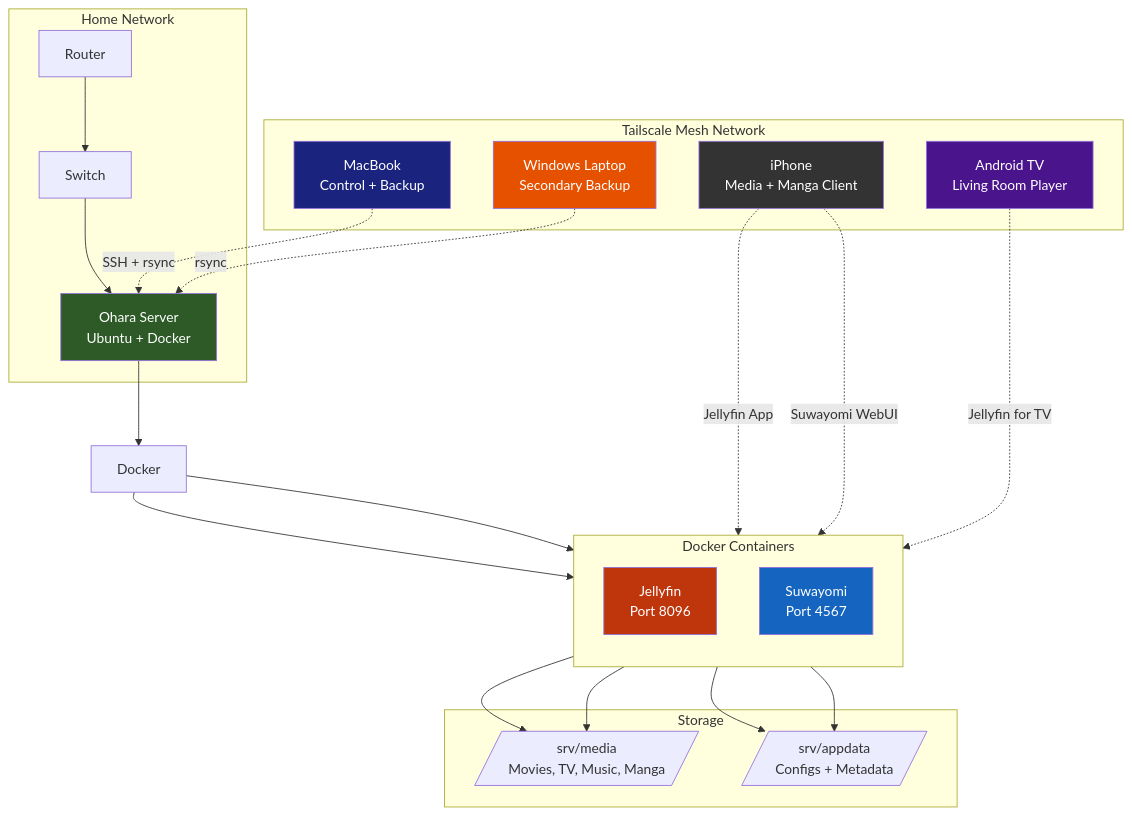
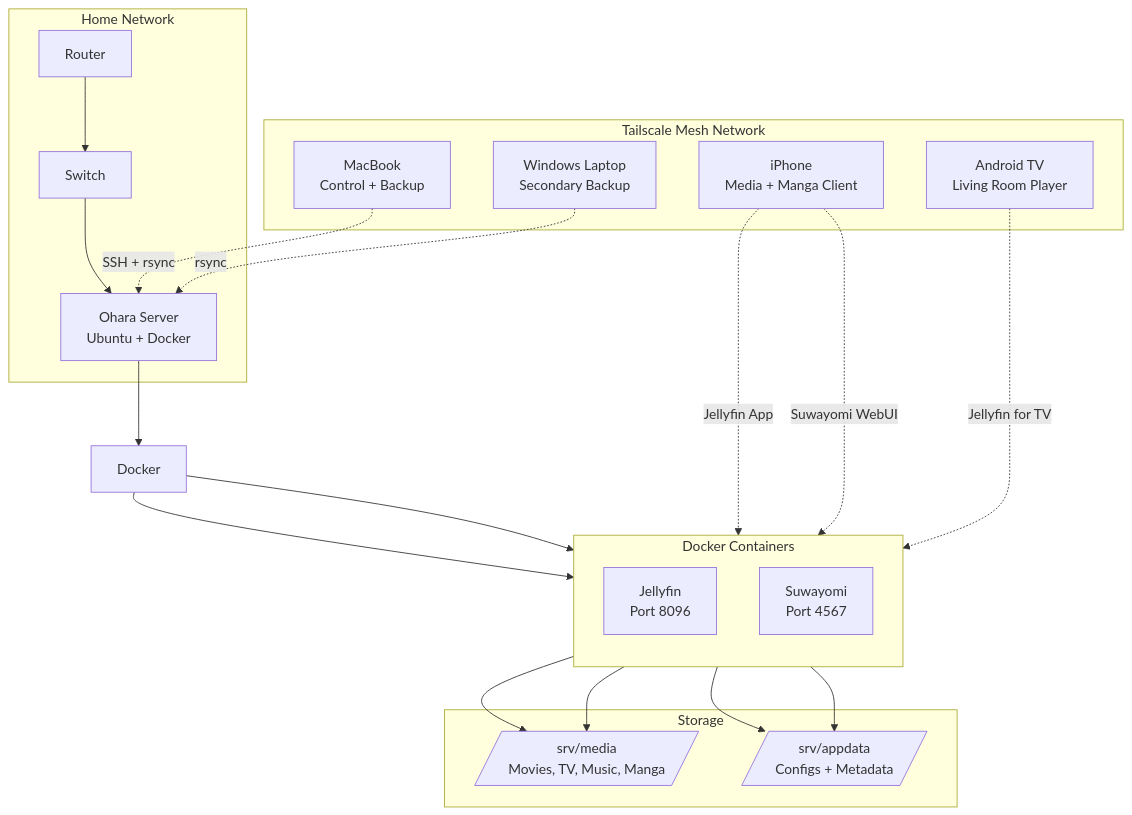
One commit to prateek11rai/sanji changed the sixth of 6 diagrams in docs/blog/posts/ohara.md. Above: the diagram before and after it, drawn with Mermaid. The commit also changed other lines of this file and 11 other files, not shown here.

Commit message:
feat: add hermes agent blog post, agent writing rules, remove hardcoded mermaid styles

````diff
--- a/docs/blog/posts/ohara.md
+++ b/docs/blog/posts/ohara.md
@@ -468,47 +459,40 @@
 ```mermaid
 graph TB
     subgraph "Home Network"
         R[Router] --> SWT[Switch]
         SWT --> S[Ohara Server<br/>Ubuntu + Docker]
     end
     
     subgraph "Docker Containers"
         direction TB
         JF[Jellyfin<br/>Port 8096]
         SW[Suwayomi<br/>Port 4567]
     end
     
     subgraph "Storage"
         M[/srv/media<br/>Movies, TV, Music, Manga/]
         A[/srv/appdata<br/>Configs + Metadata/]
     end
     
     subgraph "Tailscale Mesh Network"
         MB[MacBook<br/>Control + Backup]
         IP[iPhone<br/>Media + Manga Client]
         TV[Android TV<br/>Living Room Player]
         WL[Windows Laptop<br/>Secondary Backup]
     end
     
     S --> Docker
     Docker --> JF
     Docker --> SW
     JF --> M
     SW --> M
     JF --> A
     SW --> A
     
     MB -. "SSH + rsync" .-> S
     IP -. "Jellyfin App" .-> JF
     IP -. "Suwayomi WebUI" .-> SW
     TV -. "Jellyfin for TV" .-> JF
     WL -. "rsync" .-> S
     
-    style S fill:#2d5a27,color:#fff
-    style JF fill:#bf360c,color:#fff
-    style SW fill:#1565c0,color:#fff
-    style MB fill:#1a237e,color:#fff
-    style IP fill:#333,color:#fff
-    style TV fill:#4a148c,color:#fff
-    style WL fill:#e65100,color:#fff
 ```
````
